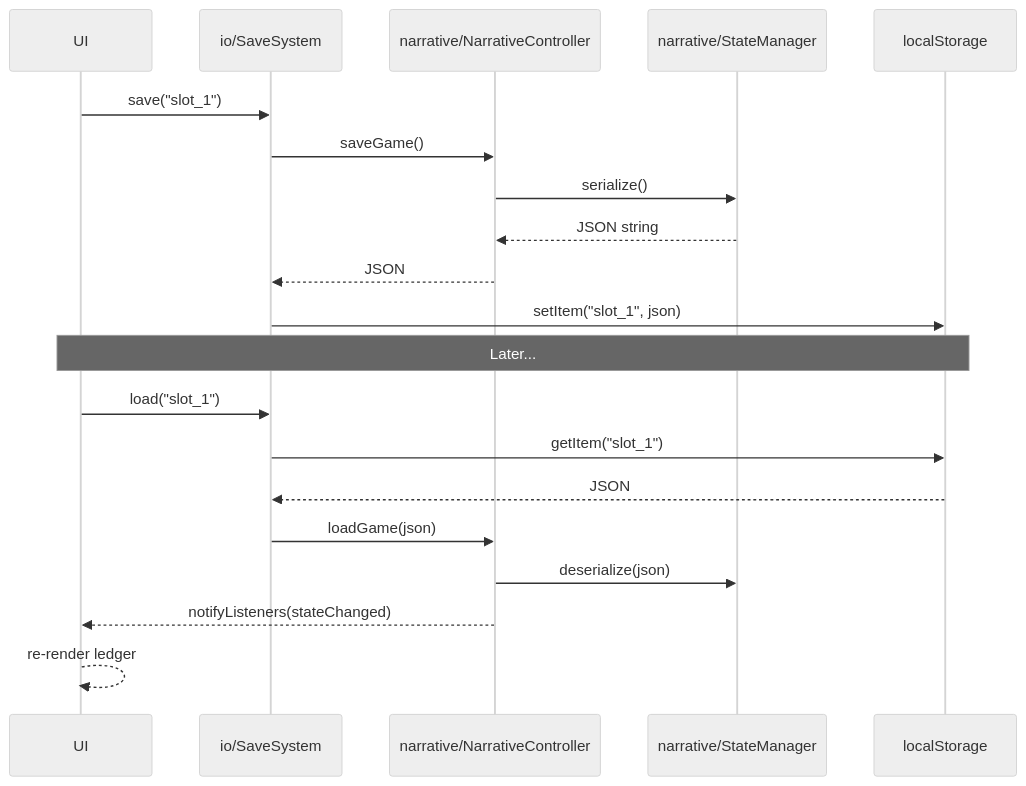
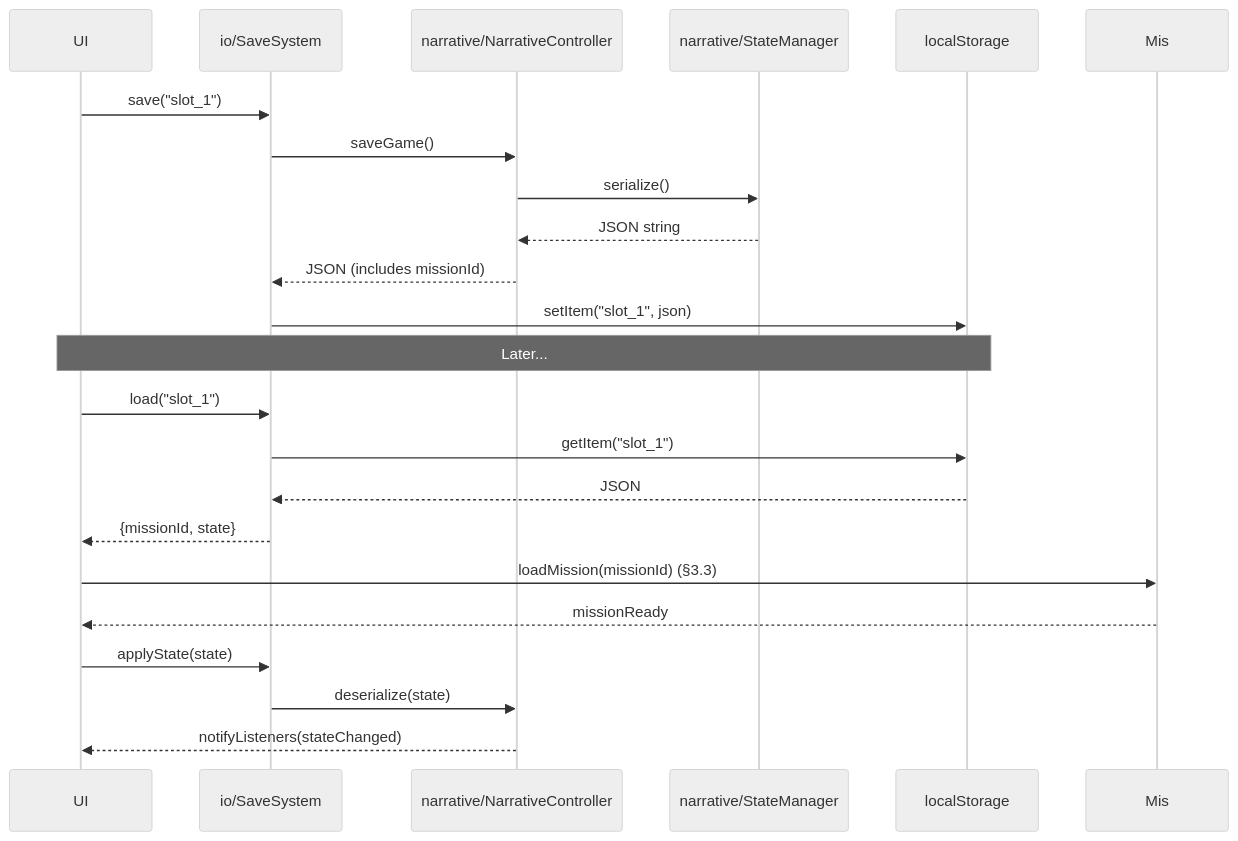
Before and after one commit to royceshannon2-blip/Witness-Interactive-3D: the sixth of 6 diagrams in ARCHITECTURE.md, drawn with Mermaid (neutral theme). The commit also changed other lines of this file, not shown here.

````diff
--- a/ARCHITECTURE.md
+++ b/ARCHITECTURE.md
@@ -130,24 +206,26 @@
 ```mermaid
 sequenceDiagram
   participant UI
   participant SS as io/SaveSystem
   participant NC as narrative/NarrativeController
   participant SM as narrative/StateManager
   participant LS as localStorage
 
   UI->>SS: save("slot_1")
   SS->>NC: saveGame()
   NC->>SM: serialize()
   SM-->>NC: JSON string
-  NC-->>SS: JSON
+  NC-->>SS: JSON (includes missionId)
   SS->>LS: setItem("slot_1", json)
 
   Note over UI,LS: Later...
   UI->>SS: load("slot_1")
   SS->>LS: getItem("slot_1")
   LS-->>SS: JSON
-  SS->>NC: loadGame(json)
-  NC->>SM: deserialize(json)
+  SS-->>UI: {missionId, state}
+  UI->>Mis: loadMission(missionId) (§3.3)
+  Mis-->>UI: missionReady
+  UI->>SS: applyState(state)
+  SS->>NC: deserialize(state)
   NC-->>UI: notifyListeners(stateChanged)
-  UI-->>UI: re-render ledger
 ```
````
